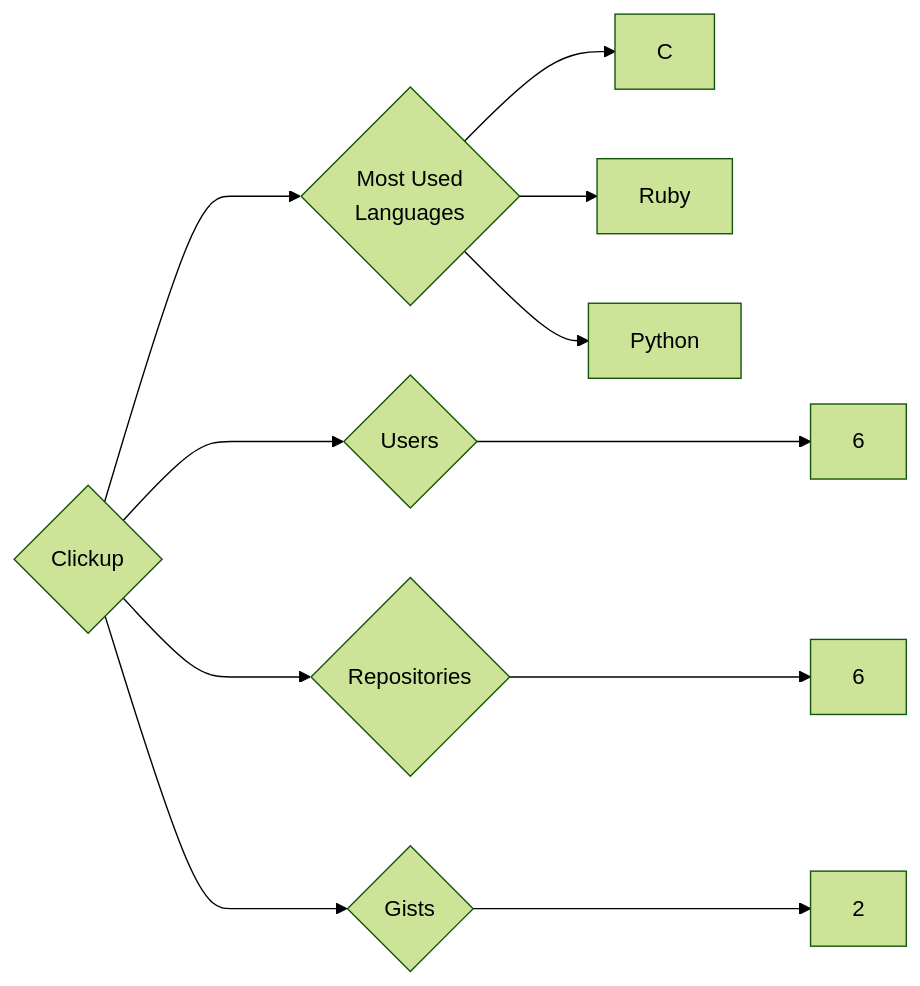
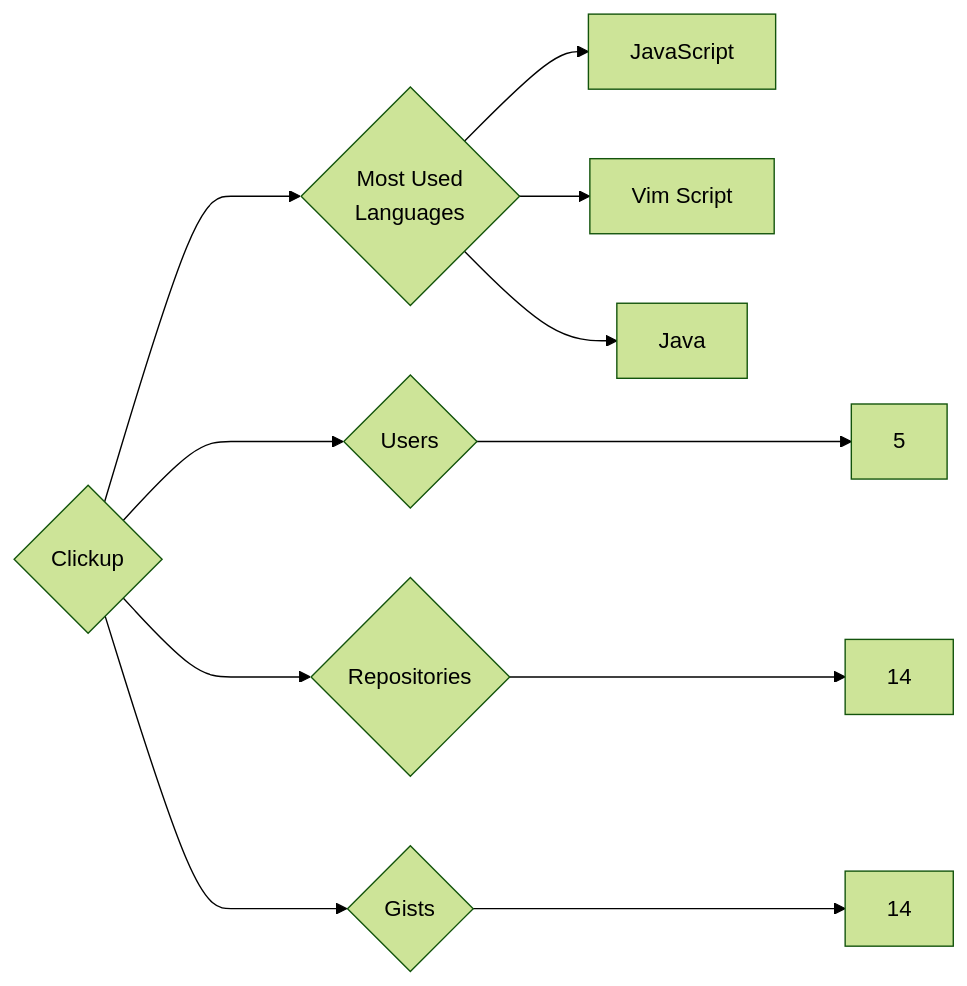
The diagram in targets/Clickup/README.md (trickest/insiders), drawn with Mermaid (forest theme) before and after one commit. The commit also changed 1007 other files, not shown here.

````diff
--- a/targets/Clickup/README.md
+++ b/targets/Clickup/README.md
@@ -3,11 +3,11 @@
 ```mermaid
 graph LR
 COMPANY_NAME{Clickup}
-COMPANY_NAME ---> U{Users} ---> UN[6]
-COMPANY_NAME ---> R{Repositories} ---> RN[6]
-COMPANY_NAME ---> G{Gists} ---> GN[2]
+COMPANY_NAME ---> U{Users} ---> UN[5]
+COMPANY_NAME ---> R{Repositories} ---> RN[14]
+COMPANY_NAME ---> G{Gists} ---> GN[14]
 COMPANY_NAME ---> ML{Most Used<br>Languages}
-ML --> C[C]
-ML --> Ruby[Ruby]
-ML --> Python[Python]
+ML --> JavaScript[JavaScript]
+ML --> Vim_Script[Vim Script]
+ML --> Java[Java]
 ```
````
